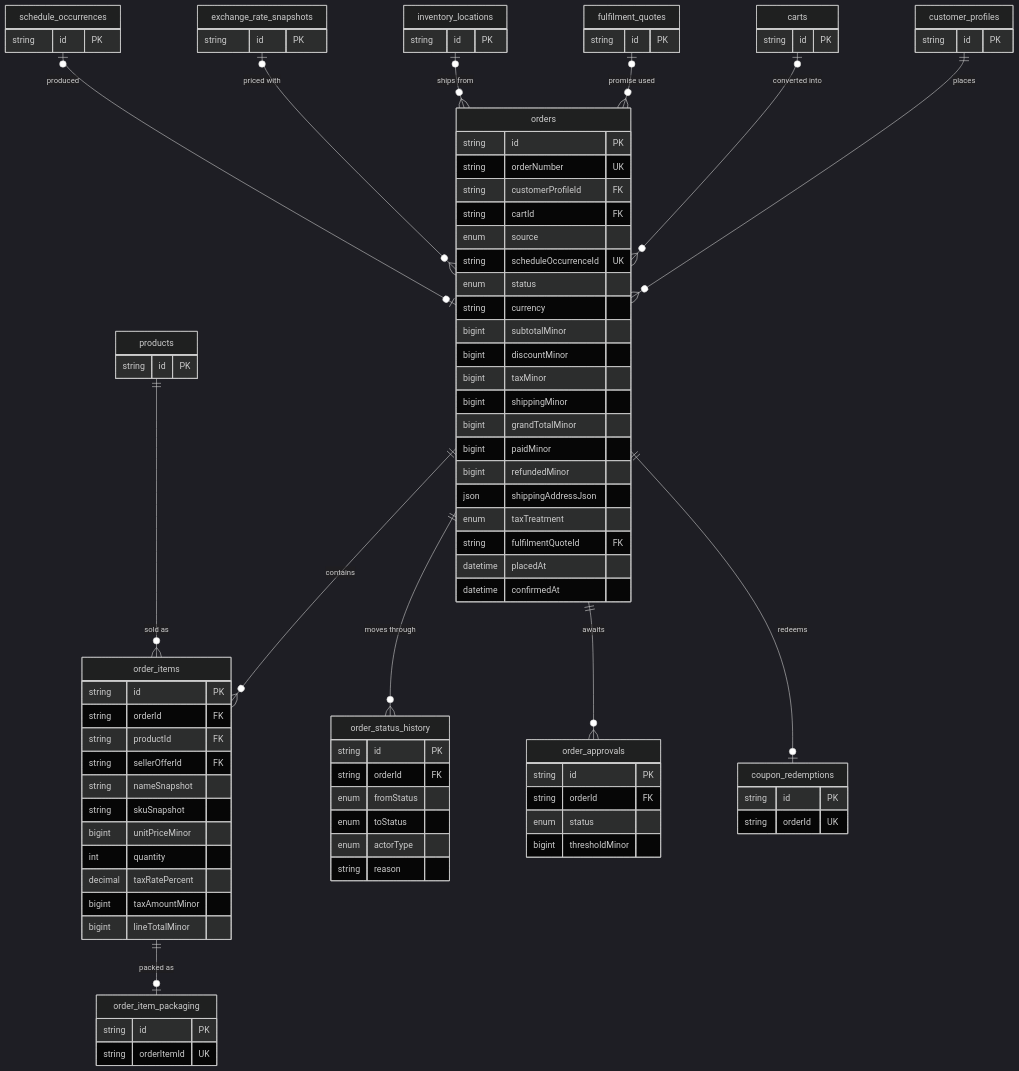
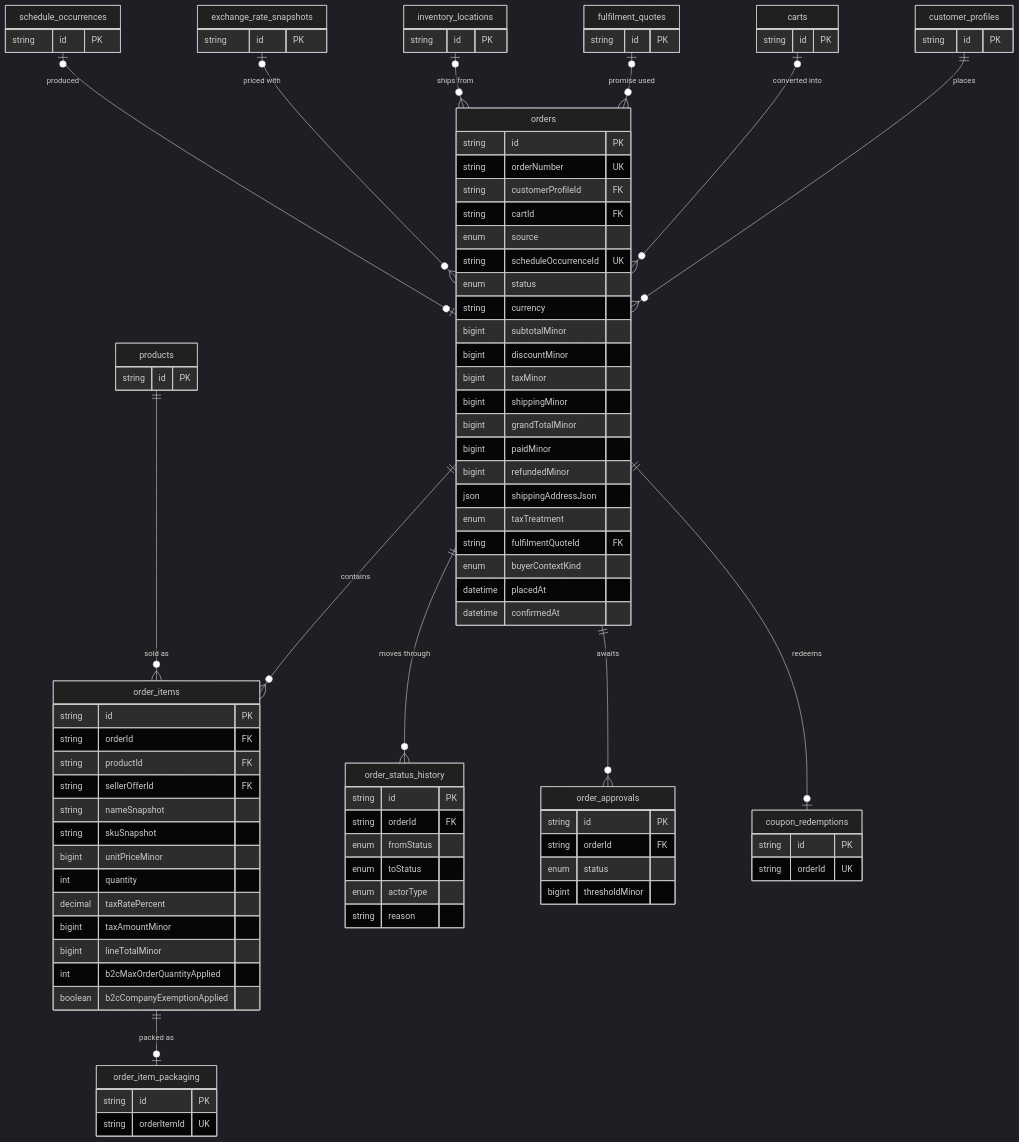
The seventh of 41 diagrams in docs/DATABASE-DESIGN.md (UBoss-AI/UBoss-Sourcing), drawn with Mermaid (dark theme) before and after one commit. The commit also changed other lines of this file and 358 other files, not shown here.

```diff
--- a/docs/DATABASE-DESIGN.md
+++ b/docs/DATABASE-DESIGN.md
@@ -1402,6 +1489,7 @@
         json shippingAddressJson
         enum taxTreatment
         string fulfilmentQuoteId FK
+        enum buyerContextKind
         datetime placedAt
         datetime confirmedAt
     }
@@ -1417,6 +1505,8 @@
         decimal taxRatePercent
         bigint taxAmountMinor
         bigint lineTotalMinor
+        int b2cMaxOrderQuantityApplied
+        boolean b2cCompanyExemptionApplied
     }
     order_status_history {
         string id PK
```
